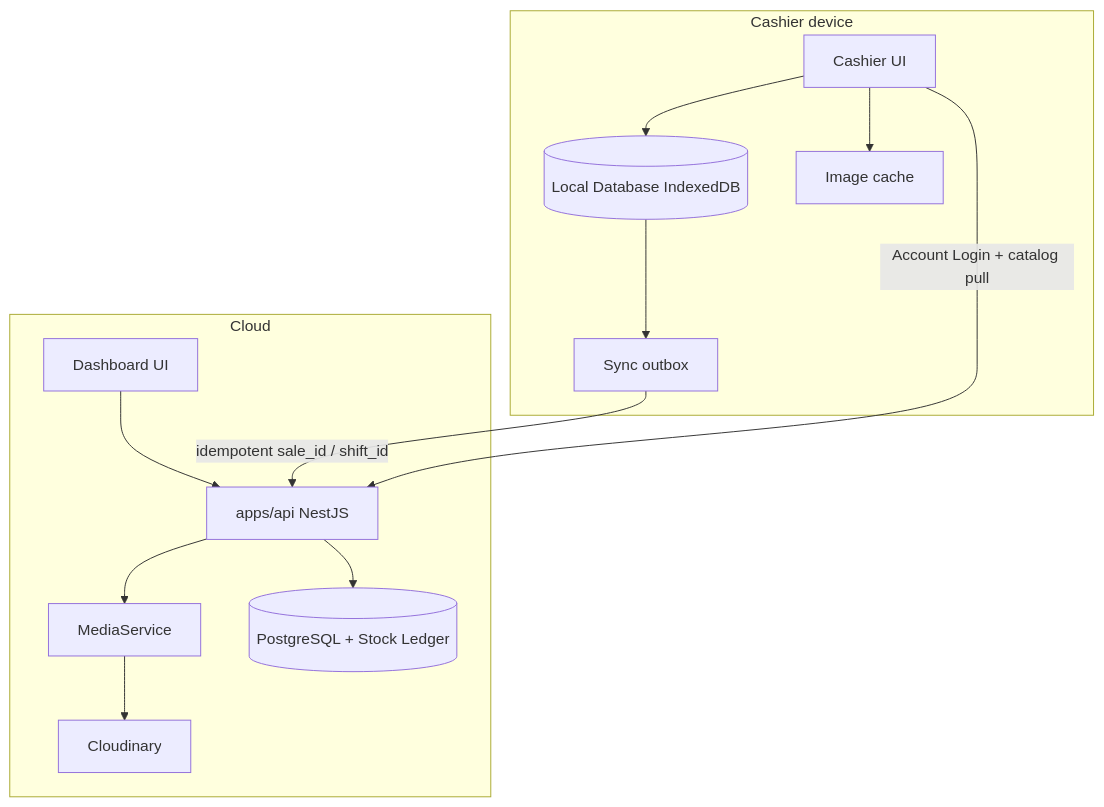
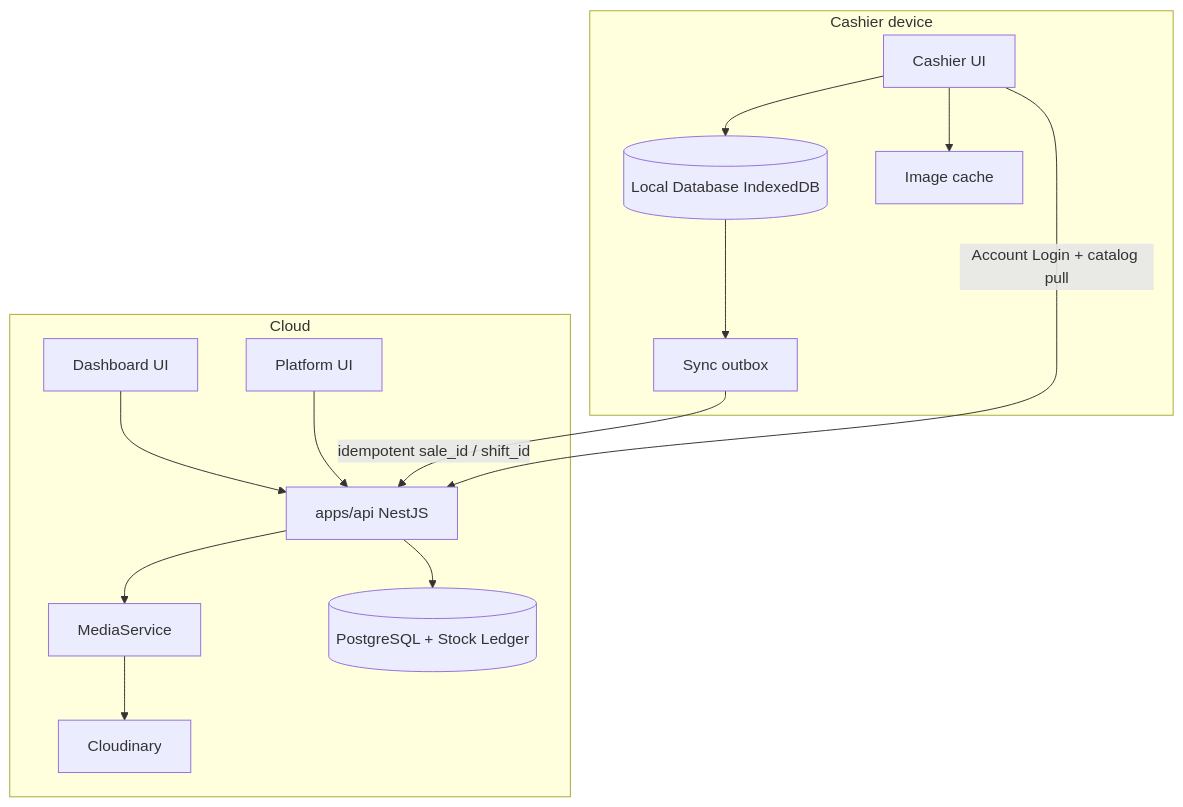
The second of 3 diagrams in _bmad-output/planning-artifacts/architecture/architecture-pos-apps-2026-08-05/ARCHITECTURE-SPINE.md (asafruddin/project-pos), drawn with Mermaid before and after one commit. The commit also changed other lines of this file and 66 other files, not shown here.

````diff
--- a/_bmad-output/planning-artifacts/architecture/architecture-pos-apps-2026-08-05/ARCHITECTURE-SPINE.md
+++ b/_bmad-output/planning-artifacts/architecture/architecture-pos-apps-2026-08-05/ARCHITECTURE-SPINE.md
@@ -219,27 +229,29 @@
 ```mermaid
 flowchart TB
   subgraph device [Cashier device]
     UI[Cashier UI]
     LDB[(Local Database IndexedDB)]
     Outbox[Sync outbox]
     ImgCache[Image cache]
     UI --> LDB
     UI --> ImgCache
     LDB --> Outbox
   end
 
   subgraph cloud [Cloud]
     API[apps/api NestJS]
     Media[MediaService]
     CDN[Cloudinary]
     PG[(PostgreSQL + Stock Ledger)]
     Dash[Dashboard UI]
+    Plat[Platform UI]
     API --> PG
     API --> Media
     Media --> CDN
     Dash --> API
+    Plat --> API
   end
 
   Outbox -->|idempotent sale_id / shift_id| API
   UI -->|Account Login + catalog pull| API
 ```
````
